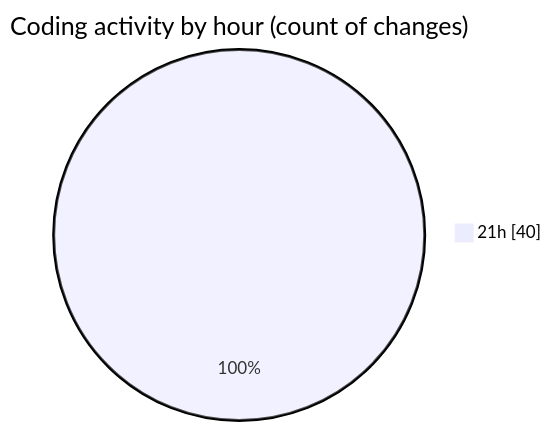
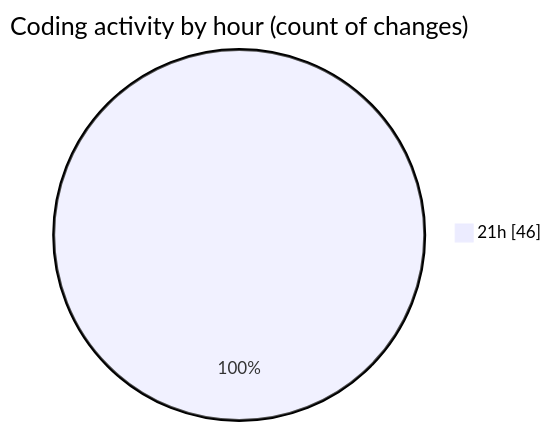
The second of 2 diagrams in 2025-07-22/nhahang/README.md (lephambinh05/code-tracking), drawn with Mermaid before and after one commit. The commit also changed other lines of this file and 1 other file, not shown here.

````diff
--- a/2025-07-22/nhahang/README.md
+++ b/2025-07-22/nhahang/README.md
@@ -48,5 +51,5 @@
 ```mermaid
 pie showData
 title Coding activity by hour (count of changes)
-"21h" : 40
+"21h" : 46
 ```
````
